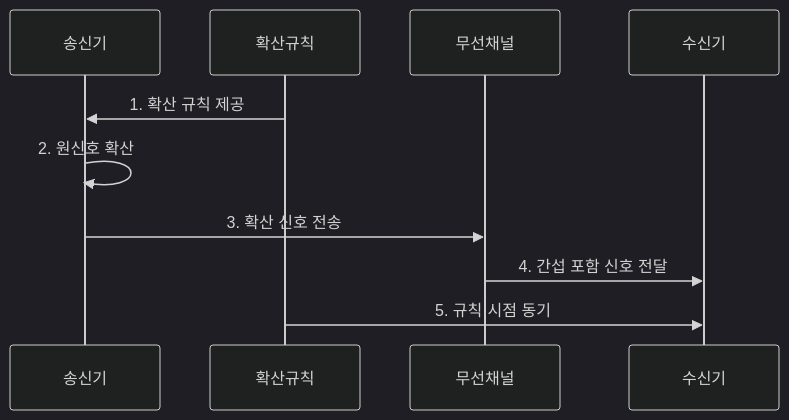
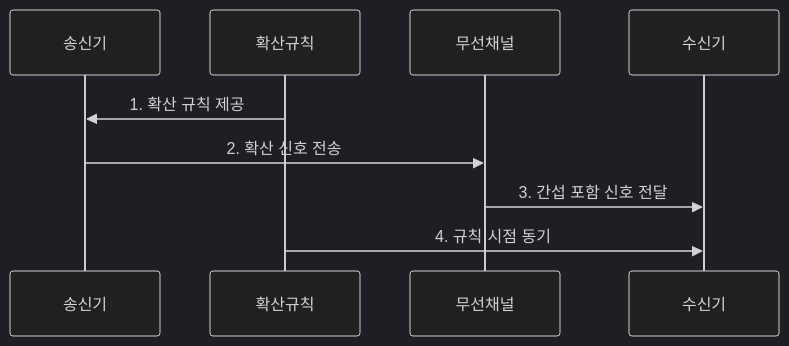
One commit to agnusdei1207/knowledge-base changed the second of 2 diagrams in src/content/docs/notes/04-network/035_fhss_dsss.md. Above: the diagram before and after it, drawn with Mermaid (dark theme). The commit also changed other lines of this file and 122 other files, not shown here.

````diff
--- a/src/content/docs/notes/04-network/035_fhss_dsss.md
+++ b/src/content/docs/notes/04-network/035_fhss_dsss.md
@@ -78,12 +78,11 @@
 ```mermaid
 sequenceDiagram
     participant 송신기
     participant 확산규칙
     participant 무선채널
     participant 수신기
     확산규칙->>송신기: 1. 확산 규칙 제공
-    송신기->>송신기: 2. 원신호 확산
-    송신기->>무선채널: 3. 확산 신호 전송
-    무선채널->>수신기: 4. 간섭 포함 신호 전달
-    확산규칙->>수신기: 5. 규칙·시점 동기
+    송신기->>무선채널: 2. 확산 신호 전송
+    무선채널->>수신기: 3. 간섭 포함 신호 전달
+    확산규칙->>수신기: 4. 규칙·시점 동기
 ```
````
